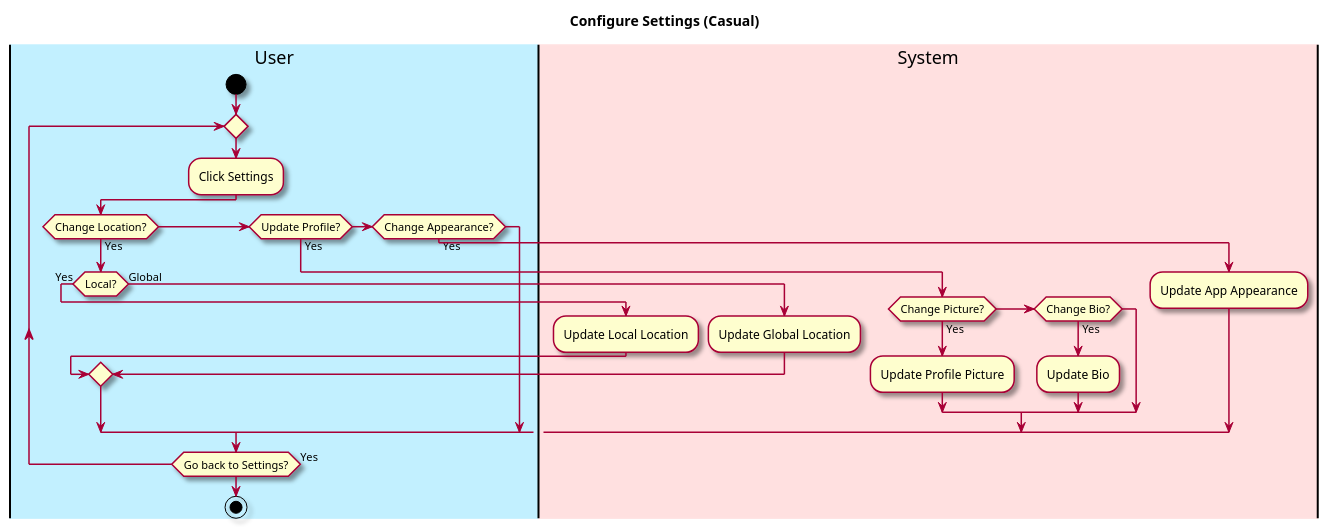
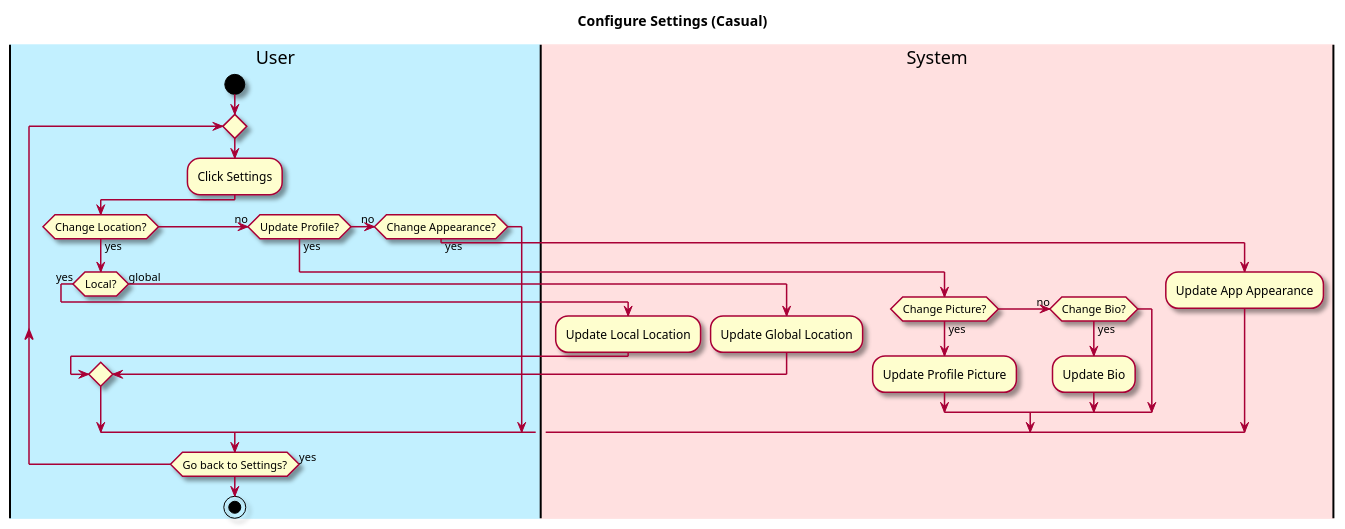
The diagram in intellij/doc/Functional Specification/configure-settings.md (owhitleym-ui/EcoScoop), drawn with PlantUML before and after one commit. The commit also changed 4 other files, not shown here.

Commit message:
Cleaned up PlantUML diagrams.

````diff
--- a/intellij/doc/Functional Specification/configure-settings.md
+++ b/intellij/doc/Functional Specification/configure-settings.md
@@ -20,44 +20,44 @@
 ```plantuml
 @startuml
 
 skin rose
 
 title Configure Settings (Casual)
 
 'define the lanes
 |#application|User|
 |#implementation|System|
 
 |User|
 start
 repeat
     :Click Settings;
 
-    if (Change Location?) then (Yes)
-        if (Local?) then (Yes)
+    if (Change Location?) then (yes)
+        if (Local?) then (yes)
             |System|
             :Update Local Location;
-        else (Global)
+        else (global)
             |System|
             :Update Global Location;
         endif
-    elseif (Update Profile?) then (Yes)
-        if (Change Picture?) then (Yes)
+    (no)elseif (Update Profile?) then (yes)
+        if (Change Picture?) then (yes)
             |System|
             :Update Profile Picture;
-        elseif (Change Bio?) then (Yes)
+        (no)elseif (Change Bio?) then (yes)
             |System|
             :Update Bio;
         endif
-    elseif (Change Appearance?) then (Yes)
+    (no)elseif (Change Appearance?) then (yes)
         |System|
         :Update App Appearance;
     endif
 
 |User|
 
-repeat while (Go back to Settings?) is (Yes)
+repeat while (Go back to Settings?) is (yes)
 
 stop
 @enduml
 ```
````
